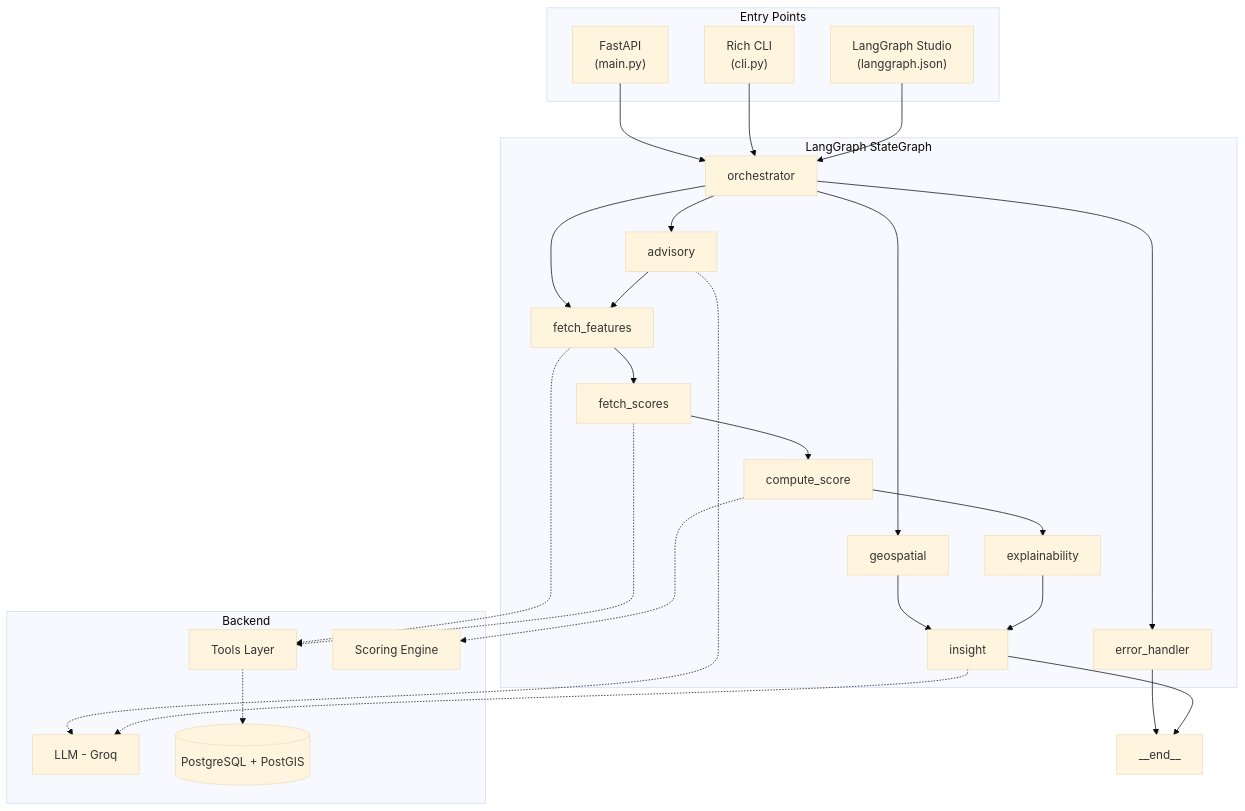
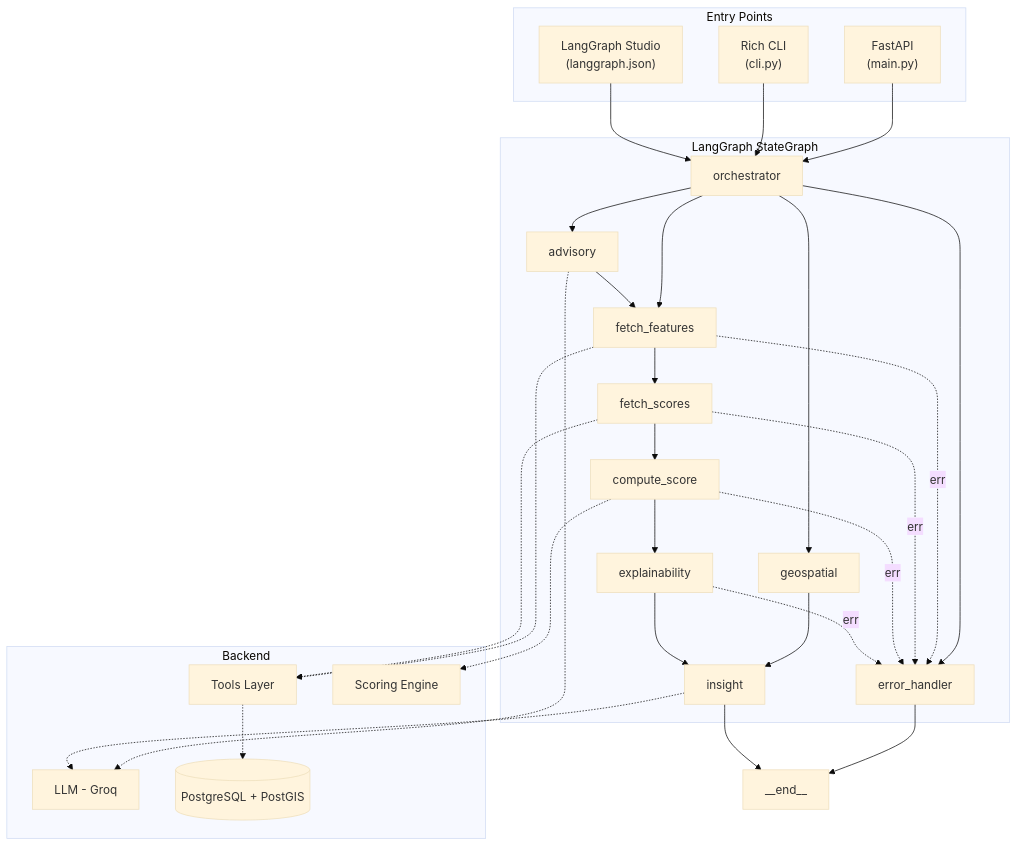
The first of 3 diagrams in README.md (code-YK/geospatial_analyzer), drawn with Mermaid (base theme) before and after one commit. The commit also changed other lines of this file and 3 other files, not shown here.

````diff
--- a/README.md
+++ b/README.md
@@ -42,50 +42,54 @@
 ```mermaid
 graph TB
     subgraph Entry Points
         A["FastAPI<br/>(main.py)"]
         B["Rich CLI<br/>(cli.py)"]
         C["LangGraph Studio<br/>(langgraph.json)"]
     end
 
     subgraph LangGraph StateGraph
         D["orchestrator"]
         E["advisory"]
         F["fetch_features"]
         G["fetch_scores"]
         H["compute_score"]
         I["geospatial"]
         J["explainability"]
         K["insight"]
         L["error_handler"]
     end
 
     subgraph Backend
         M["Tools Layer"]
         N["Scoring Engine"]
         O["LLM - Groq"]
         P[("PostgreSQL + PostGIS")]
     end
 
     A --> D
     B --> D
     C --> D
     D --> E
     D --> F
     D --> I
     D --> L
     E --> F
     F --> G
+    F -.->|err| L
     G --> H
+    G -.->|err| L
     H --> J
+    H -.->|err| L
     I --> K
     J --> K
+    J -.->|err| L
     L --> END["__end__"]
     K --> END
 
     F -.-> M
     G -.-> M
     H -.-> N
     E -.-> O
     K -.-> O
     M -.-> P
 ```
````
